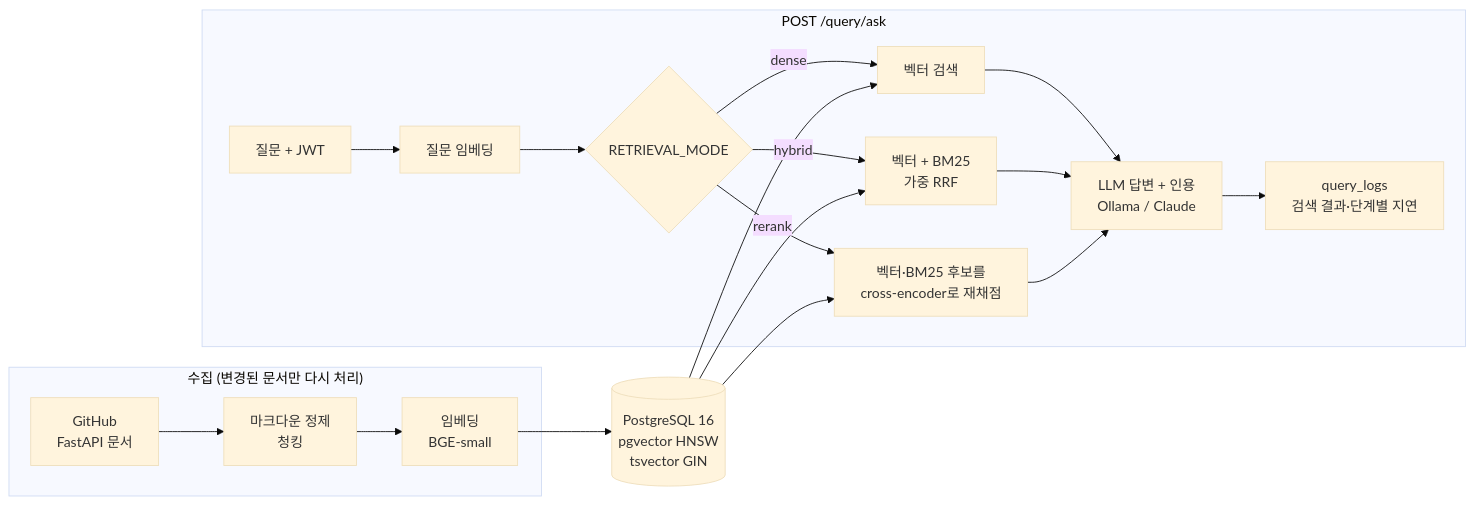
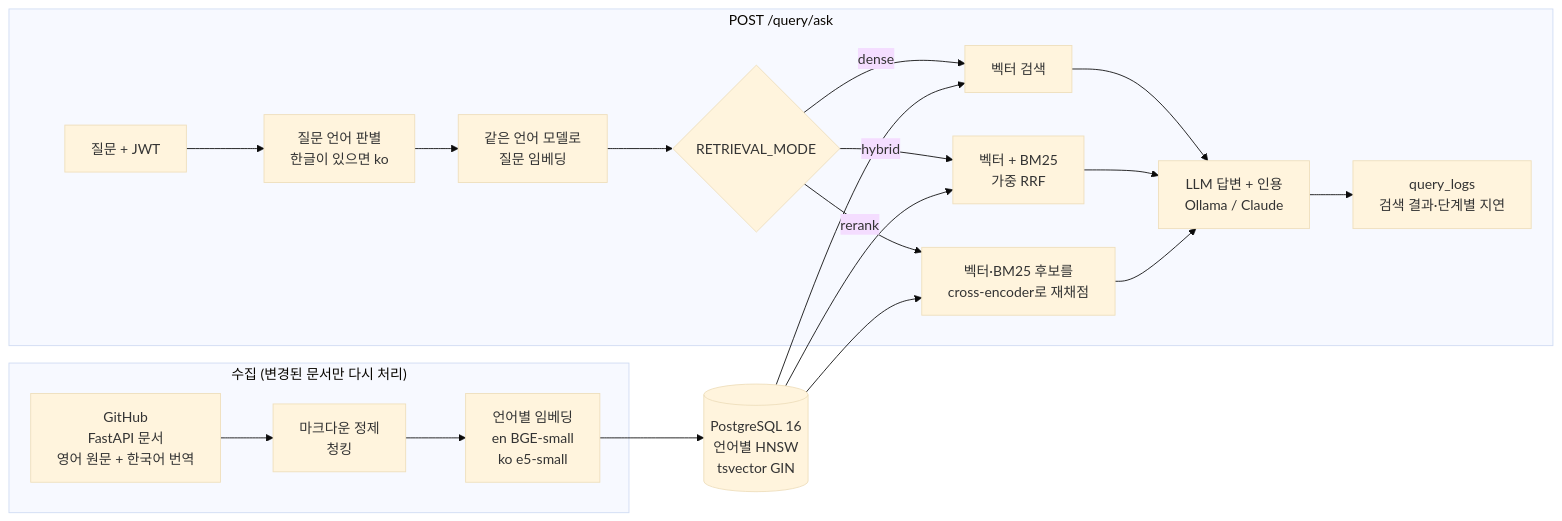
One commit to hyeonbin123/rag-doc-qa changed the diagram in README.md. Above: the diagram before and after it, drawn with Mermaid (base theme). The commit also changed other lines of this file and 43 other files, not shown here.

````diff
--- a/README.md
+++ b/README.md
@@ -21,20 +21,20 @@
 ```mermaid
 flowchart LR
     subgraph ingest["수집 (변경된 문서만 다시 처리)"]
-        GH["GitHub<br/>FastAPI 문서"] --> CL["마크다운 정제<br/>청킹"] --> EP["임베딩<br/>BGE-small"]
+        GH["GitHub<br/>FastAPI 문서<br/>영어 원문 + 한국어 번역"] --> CL["마크다운 정제<br/>청킹"] --> EP["언어별 임베딩<br/>en BGE-small<br/>ko e5-small"]
     end
-    EP --> PG[("PostgreSQL 16<br/>pgvector HNSW<br/>tsvector GIN")]
+    EP --> PG[("PostgreSQL 16<br/>언어별 HNSW<br/>tsvector GIN")]
     subgraph ask["POST /query/ask"]
-        Q["질문 + JWT"] --> EQ["질문 임베딩"] --> MODE{"RETRIEVAL_MODE"}
+        Q["질문 + JWT"] --> LANG["질문 언어 판별<br/>한글이 있으면 ko"] --> EQ["같은 언어 모델로<br/>질문 임베딩"] --> MODE{"RETRIEVAL_MODE"}
         MODE -->|dense| D["벡터 검색"]
         MODE -->|hybrid| H["벡터 + BM25<br/>가중 RRF"]
         MODE -->|rerank| R["벡터·BM25 후보를<br/>cross-encoder로 재채점"]
         D --> GEN["LLM 답변 + 인용<br/>Ollama / Claude"]
         H --> GEN
         R --> GEN
         GEN --> LOG["query_logs<br/>검색 결과·단계별 지연"]
     end
     PG --> D
     PG --> H
     PG --> R
 ```
````
